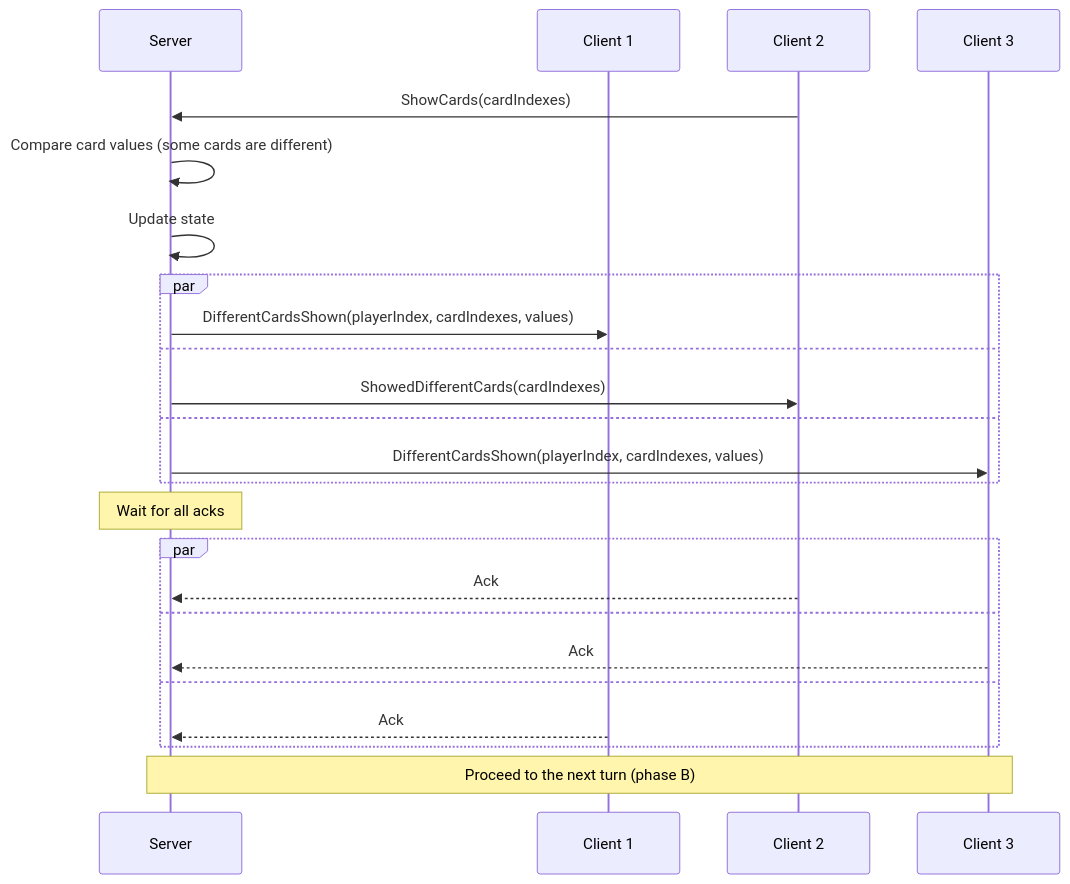
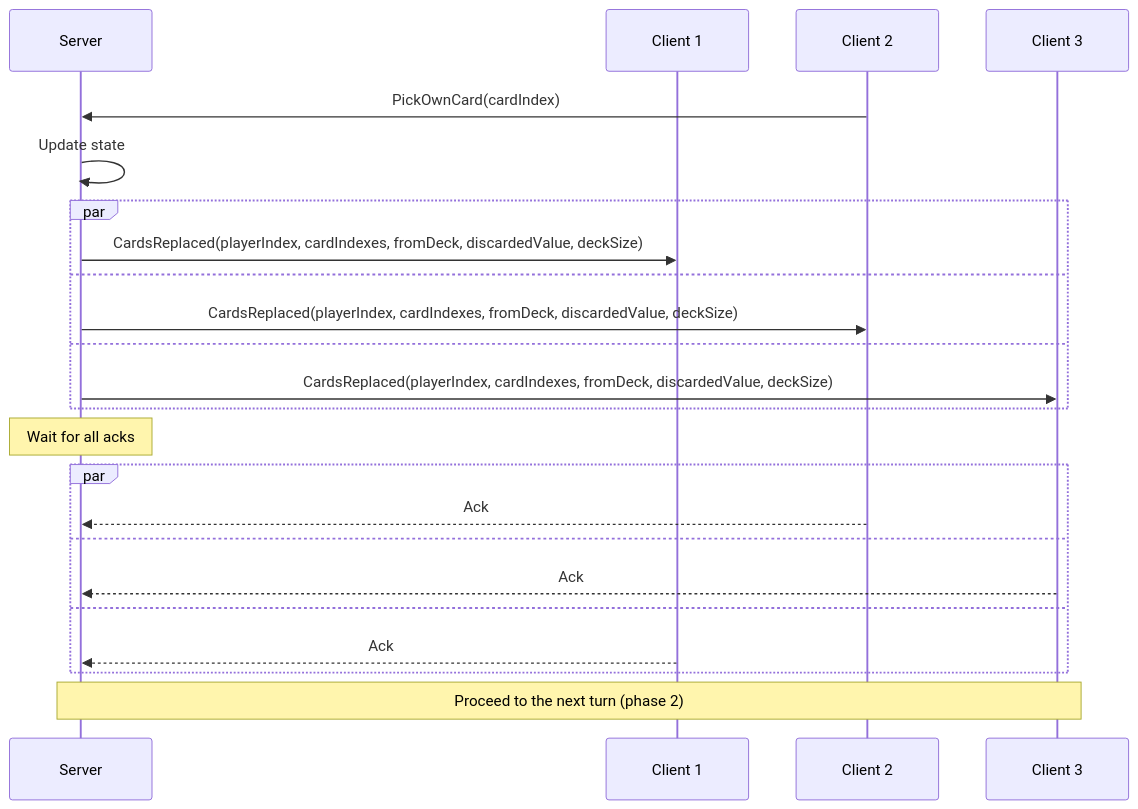
One commit to roman-zubarevich/another changed the seventh of 15 diagrams in README.md. Above: the diagram before and after it, drawn with Mermaid. The commit also changed other lines of this file, not shown here.

````diff
--- a/README.md
+++ b/README.md
@@ -197,26 +190,25 @@
 ```mermaid
 sequenceDiagram
     participant S as Server
     participant C1 as Client 1
     participant C2 as Client 2
     participant C3 as Client 3
-    C2->>S: ShowCards(cardIndexes)
-    S->>S: Compare card values (some cards are different)
+    C2->>S: PickOwnCard(cardIndex)
     S->>S: Update state
     par
-        S->>C1: DifferentCardsShown(playerIndex, cardIndexes, values)
+        S->>C1: CardsReplaced(playerIndex, cardIndexes, fromDeck, discardedValue, deckSize)
     and
-        S->>C2: ShowedDifferentCards(cardIndexes)
+        S->>C2: CardsReplaced(playerIndex, cardIndexes, fromDeck, discardedValue, deckSize)
     and
-        S->>C3: DifferentCardsShown(playerIndex, cardIndexes, values)
+        S->>C3: CardsReplaced(playerIndex, cardIndexes, fromDeck, discardedValue, deckSize)
     end
     Note over S: Wait for all acks
     par
         C2-->>S: Ack
     and
         C3-->>S: Ack
     and
         C1-->>S: Ack
     end
-    Note over S,C3: Proceed to the next turn (phase B)
+    Note over S,C3: Proceed to the next turn (phase 2)
 ```
````
